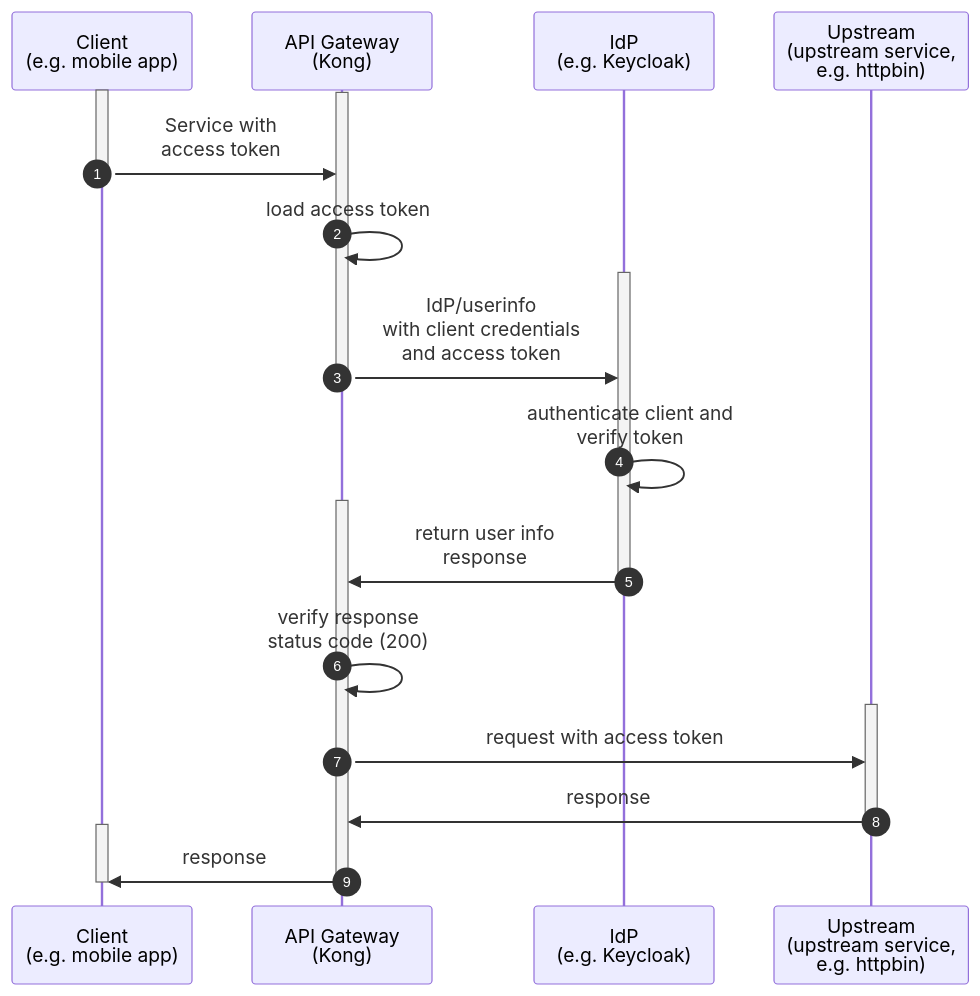
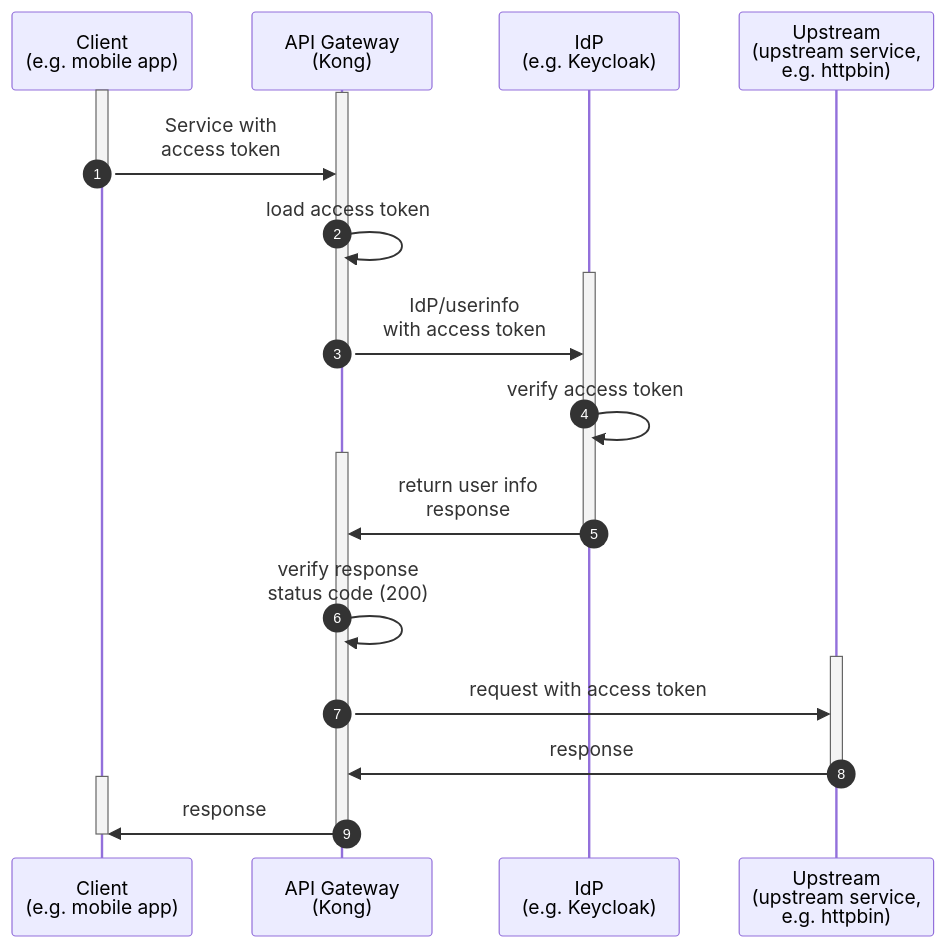
One commit to Kong/developer.konghq.com changed the diagram in app/_includes/plugins/oidc/diagrams/user-info.md. Above: the diagram before and after it, drawn with Mermaid.

Commit message:
fix(gateway): kong should not send client credentials to IdP when requesting user info

```diff
--- a/app/_includes/plugins/oidc/diagrams/user-info.md
+++ b/app/_includes/plugins/oidc/diagrams/user-info.md
@@ -2,29 +2,29 @@
 {% mermaid %}
 sequenceDiagram
     autonumber
     participant client as Client <br>(e.g. mobile app)
     participant kong as API Gateway <br>(Kong)
     participant idp as IdP <br>(e.g. Keycloak)
     participant httpbin as Upstream <br>(upstream service,<br> e.g. httpbin)
     activate client
     activate kong
     client->>kong: Service with<br>access token
     deactivate client
     kong->>kong: load access token
     activate idp
-    kong->>idp: IdP/userinfo<br>with client credentials<br>and access token
+    kong->>idp: IdP/userinfo<br>with access token
     deactivate kong
-    idp->>idp: authenticate client and<br>verify token
+    idp->>idp: verify access token
     activate kong
     idp->>kong: return user info <br>response
     deactivate idp
     kong->>kong: verify response<br>status code (200)
     activate httpbin
     kong->>httpbin: request with access token
     httpbin->>kong: response
     deactivate httpbin
     activate client
     kong->>client: response
     deactivate kong
     deactivate client
 {% endmermaid %}
```
